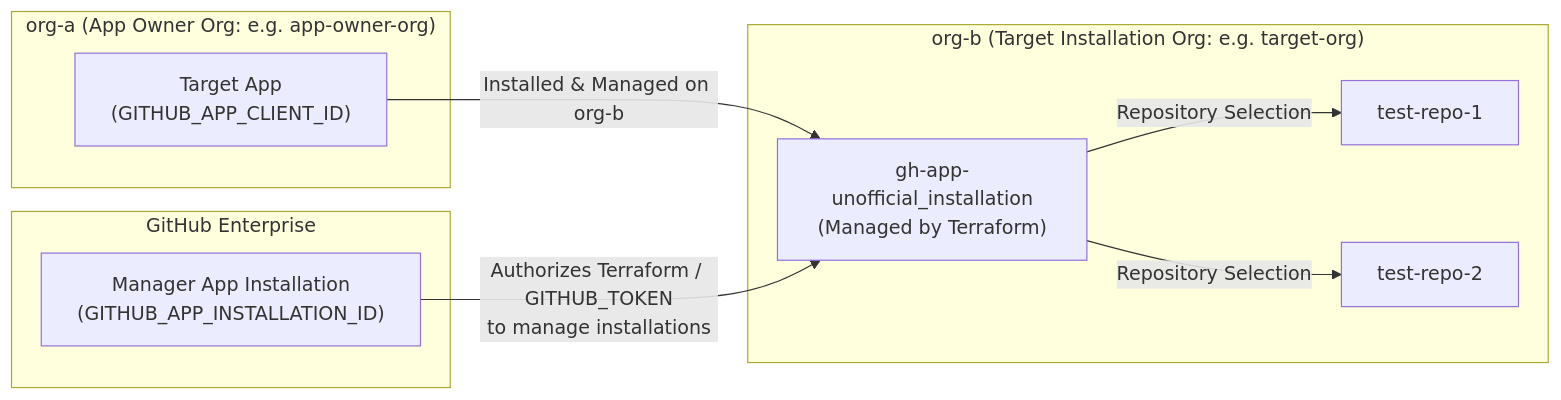
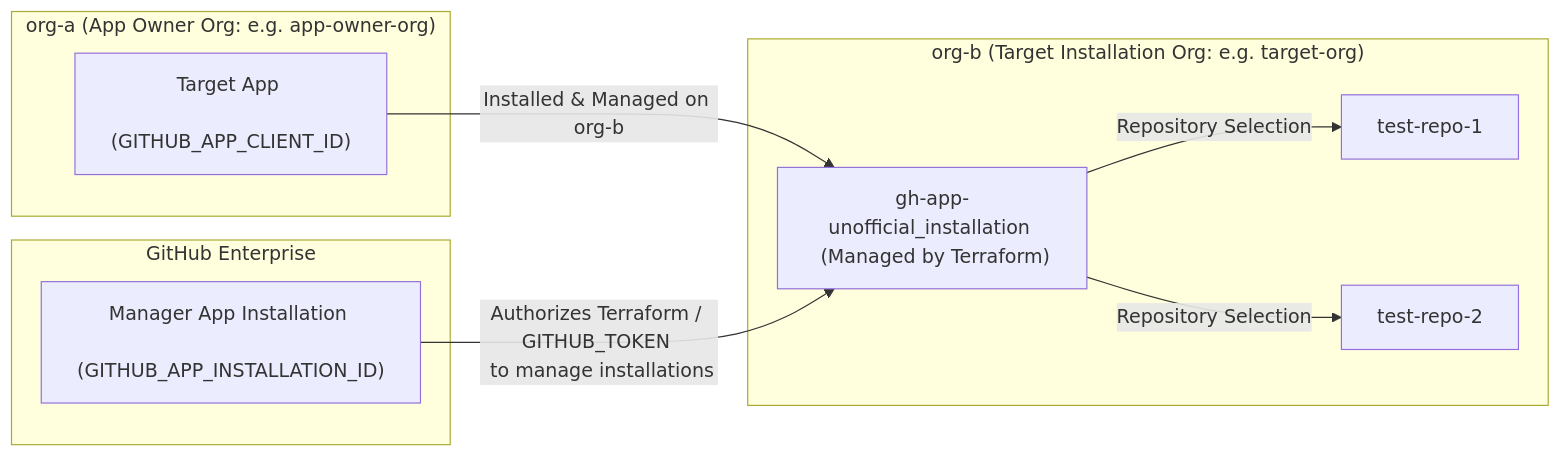
One commit to google/terraform-provider-gh-app-unofficial changed the first of 2 diagrams in DEVELOPMENT.md. Above: the diagram before and after it, drawn with Mermaid. The commit also changed other lines of this file and 1 other file, not shown here.

````diff
--- a/DEVELOPMENT.md
+++ b/DEVELOPMENT.md
@@ -47,21 +47,21 @@
 ```mermaid
 graph LR
     subgraph ORG_A ["org-a (App Owner Org: e.g. app-owner-org)"]
-        T_APP["Target App<br/>(GITHUB_APP_CLIENT_ID)"]
+        T_APP["Target App <br/> (GITHUB_APP_CLIENT_ID)"]
     end
 
     subgraph ENT ["GitHub Enterprise"]
-        M_INST["Manager App Installation<br/>(GITHUB_APP_INSTALLATION_ID)"]
+        M_INST["Manager App Installation <br/> (GITHUB_APP_INSTALLATION_ID)"]
     end
 
     subgraph ORG_B ["org-b (Target Installation Org: e.g. target-org)"]
-        INST["gh-app-unofficial_installation<br/>(Managed by Terraform)"]
+        INST["gh-app-unofficial_installation <br/> (Managed by Terraform)"]
         TR1["test-repo-1"]
         TR2["test-repo-2"]
     end
 
     T_APP -->|"Installed & Managed on org-b"| INST
     INST -->|"Repository Selection"| TR1
     INST -->|"Repository Selection"| TR2
-    M_INST -->|"Authorizes Terraform / GITHUB_TOKEN<br/>to manage installations"| INST
+    M_INST -->|"Authorizes Terraform / GITHUB_TOKEN <br/> to manage installations"| INST
 ```
````
